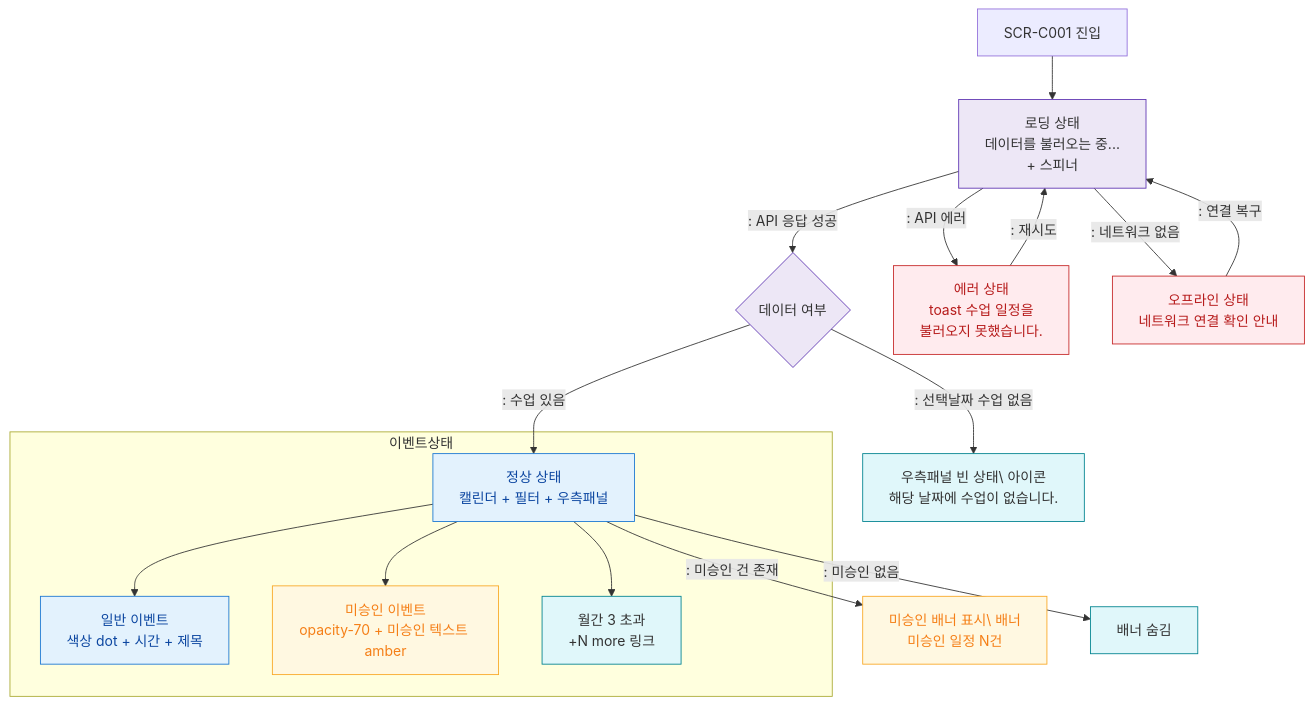
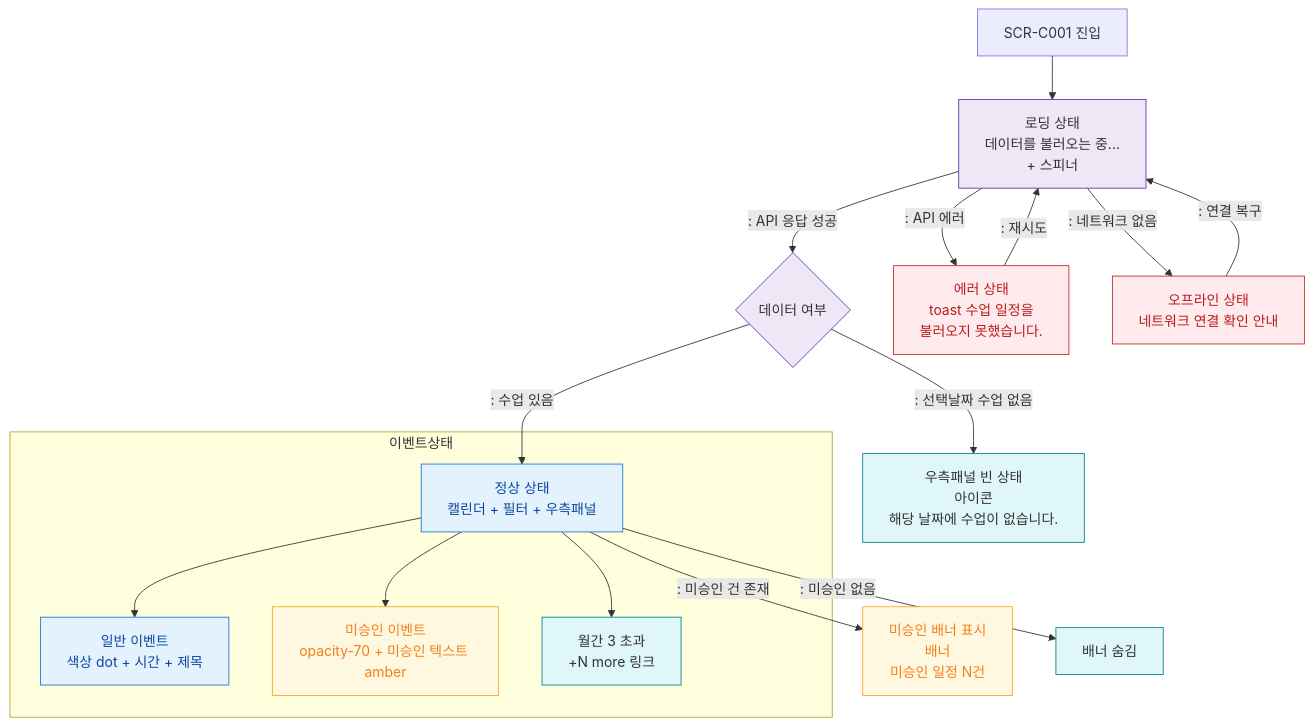
Before and after one commit to dev-spogym/admin-pando: the diagram in docs/admin/다이어그램/D04_수업관리/SCR-C001_수업캘린더/F6_상태별.md, drawn with Mermaid. The commit also changed 369 other files, not shown here.

````diff
--- a/docs/admin/다이어그램/D04_수업관리/SCR-C001_수업캘린더/F6_상태별.md
+++ b/docs/admin/다이어그램/D04_수업관리/SCR-C001_수업캘린더/F6_상태별.md
@@ -18,33 +18,33 @@
 ```mermaid
 flowchart TD
   Enter[SCR-C001 진입] --> Loading[로딩 상태\n데이터를 불러오는 중...\n+ 스피너]
   Loading -->|": API 응답 성공"|DataCheck{데이터 여부}
   Loading -->|": API 에러"|ErrorState[에러 상태\ntoast 수업 일정을\n불러오지 못했습니다.]
   Loading -->|": 네트워크 없음"|OfflineState[오프라인 상태\n네트워크 연결 확인 안내]
 
   DataCheck -->|": 수업 있음"|NormalState[정상 상태\n캘린더 + 필터 + 우측패널]
-  DataCheck -->|": 선택날짜 수업 없음"|PanelEmpty[우측패널 빈 상태\ 아이콘\n해당 날짜에 수업이 없습니다.]
+  DataCheck -->|": 선택날짜 수업 없음"|PanelEmpty[우측패널 빈 상태<br/> 아이콘\n해당 날짜에 수업이 없습니다.]
 
-  NormalState -->|": 미승인 건 존재"|PendingBanner[미승인 배너 표시\ 배너\n미승인 일정 N건]
+  NormalState -->|": 미승인 건 존재"|PendingBanner[미승인 배너 표시<br/> 배너\n미승인 일정 N건]
   NormalState -->|": 미승인 없음"|NoBanner[배너 숨김]
 
   subgraph 이벤트상태
     NormalState --> EventNormal[일반 이벤트\n색상 dot + 시간 + 제목]
     NormalState --> EventPending[미승인 이벤트\nopacity-70 + 미승인 텍스트 amber]
     NormalState --> EventOverflow[월간 3 초과\n+N more 링크]
   end
 
   ErrorState -->|": 재시도"|Loading
   OfflineState -->|": 연결 복구"|Loading
 
   classDef screen fill:#E3F2FD,stroke:#1976D2,color:#0D47A1
   classDef system fill:#EDE7F6,stroke:#5E35B2
   classDef error fill:#FFEBEE,stroke:#C62828,color:#B71C1C
   classDef warning fill:#FFF8E1,stroke:#F9A825,color:#F57F17
   classDef info fill:#E0F7FA,stroke:#00838F
   class NormalState,EventNormal screen
   class Loading,DataCheck system
   class ErrorState,OfflineState error
   class PendingBanner,EventPending warning
   class PanelEmpty,NoBanner,EventOverflow info
 ```
````
